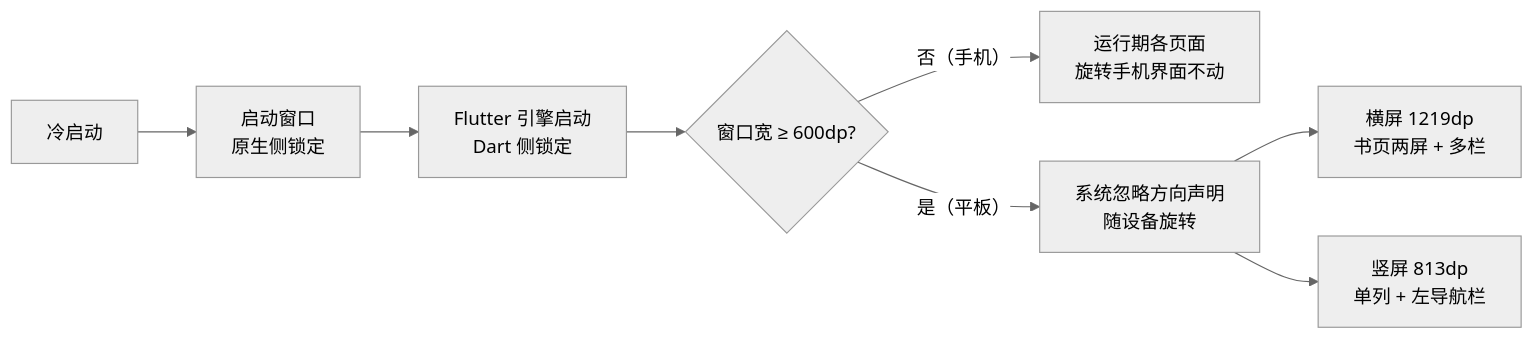
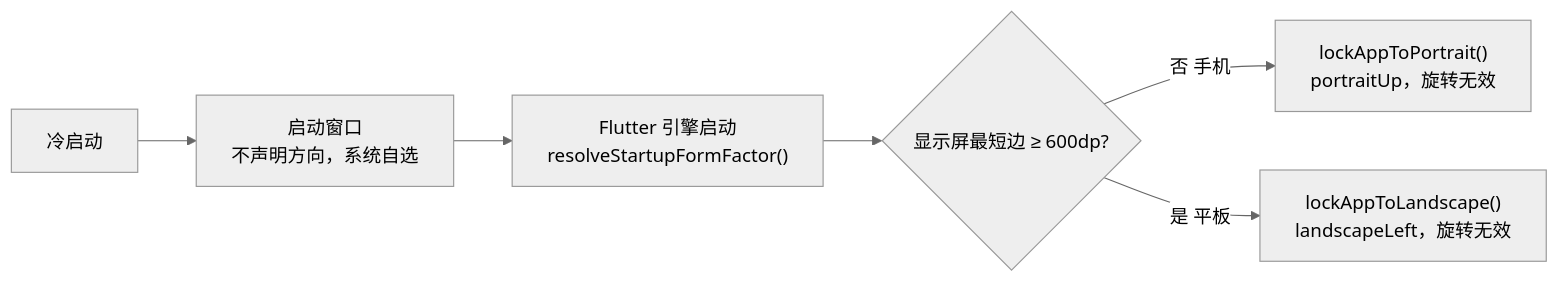
One commit to kindywu/contexta changed the first of 4 diagrams in impl/app/flutter/docs/app-orientation.md. Above: the diagram before and after it, drawn with Mermaid (neutral theme). The commit also changed other lines of this file and 5 other files, not shown here.

````diff
--- a/impl/app/flutter/docs/app-orientation.md
+++ b/impl/app/flutter/docs/app-orientation.md
@@ -21,10 +23,8 @@
 ```mermaid
 flowchart LR
-    A[冷启动] --> B[启动窗口<br/>原生侧锁定]
-    B --> C[Flutter 引擎启动<br/>Dart 侧锁定]
-    C --> D{窗口宽 ≥ 600dp?}
-    D -- 否（手机）--> E[运行期各页面<br/>旋转手机界面不动]
-    D -- 是（平板）--> F[系统忽略方向声明<br/>随设备旋转]
-    F --> G[横屏 1219dp<br/>书页两屏 + 多栏]
-    F --> H[竖屏 813dp<br/>单列 + 左导航栏]
+    A[冷启动] --> B[启动窗口<br/>不声明方向，系统自选]
+    B --> C["Flutter 引擎启动<br/>resolveStartupFormFactor()"]
+    C --> D{"显示屏最短边 ≥ 600dp?"}
+    D -- 否 手机 --> E["lockAppToPortrait()<br/>portraitUp，旋转无效"]
+    D -- 是 平板 --> F["lockAppToLandscape()<br/>landscapeLeft，旋转无效"]
 ```
````
